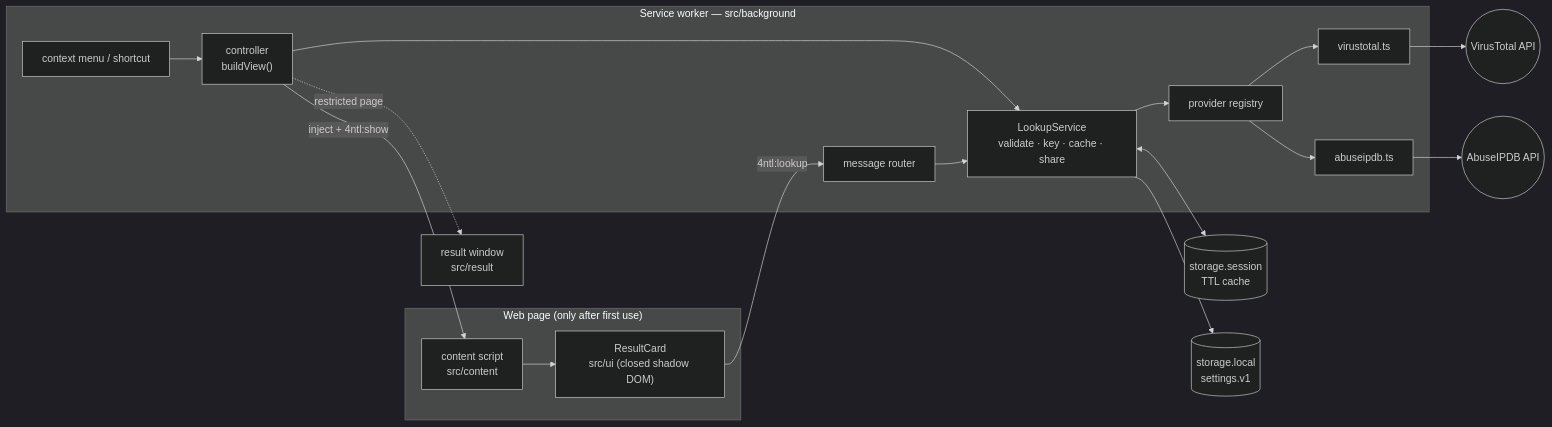
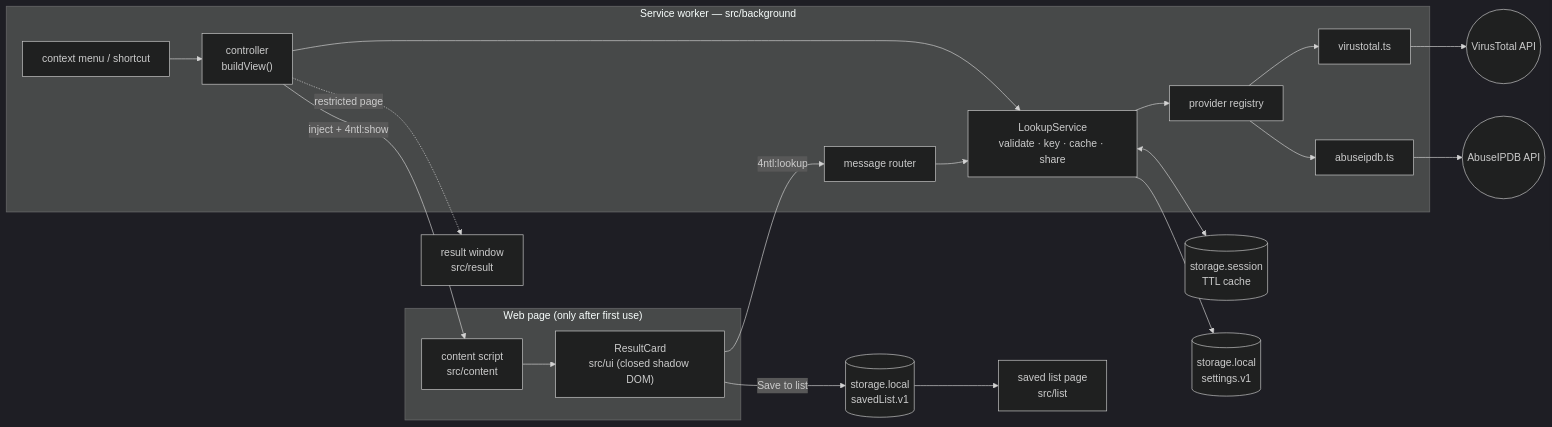
Before and after one commit to boode-hub/4NTL: the diagram in docs/ARCHITECTURE.md, drawn with Mermaid (dark theme). The commit also changed other lines of this file and 64 other files, not shown here.

First line of the commit message:
v0.4.0: copy menu, saved list, card colors, flags, Firefox

````diff
--- a/docs/ARCHITECTURE.md
+++ b/docs/ARCHITECTURE.md
@@ -9,21 +9,23 @@
 ```mermaid
 flowchart LR
   subgraph Page["Web page (only after first use)"]
     CS["content script<br/>src/content"] --> Card["ResultCard<br/>src/ui (closed shadow DOM)"]
   end
   subgraph SW["Service worker — src/background"]
     Menu["context menu / shortcut"] --> Ctrl["controller<br/>buildView()"]
     Ctrl --> LS["LookupService<br/>validate · key · cache · share"]
     Router["message router"] --> LS
     LS --> Reg["provider registry"]
     Reg --> VT["virustotal.ts"]
     Reg --> AB["abuseipdb.ts"]
   end
   Card -- "4ntl:lookup" --> Router
   Ctrl -- "inject + 4ntl:show" --> CS
   Ctrl -. "restricted page" .-> Win["result window<br/>src/result"]
   LS <--> Cache[("storage.session<br/>TTL cache")]
   LS --> Settings[("storage.local<br/>settings.v1")]
+  Card -- "Save to list" --> Saved[("storage.local<br/>savedList.v1")]
+  Saved --> List["saved list page<br/>src/list"]
   VT --> VTAPI(("VirusTotal API"))
   AB --> ABAPI(("AbuseIPDB API"))
 ```
````
